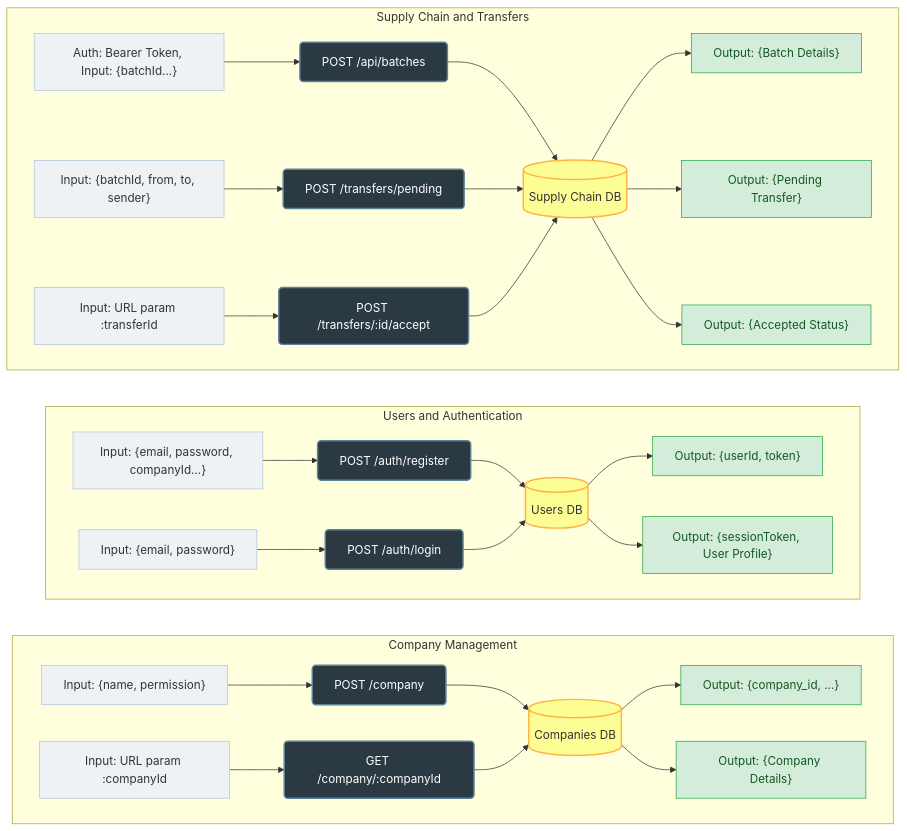
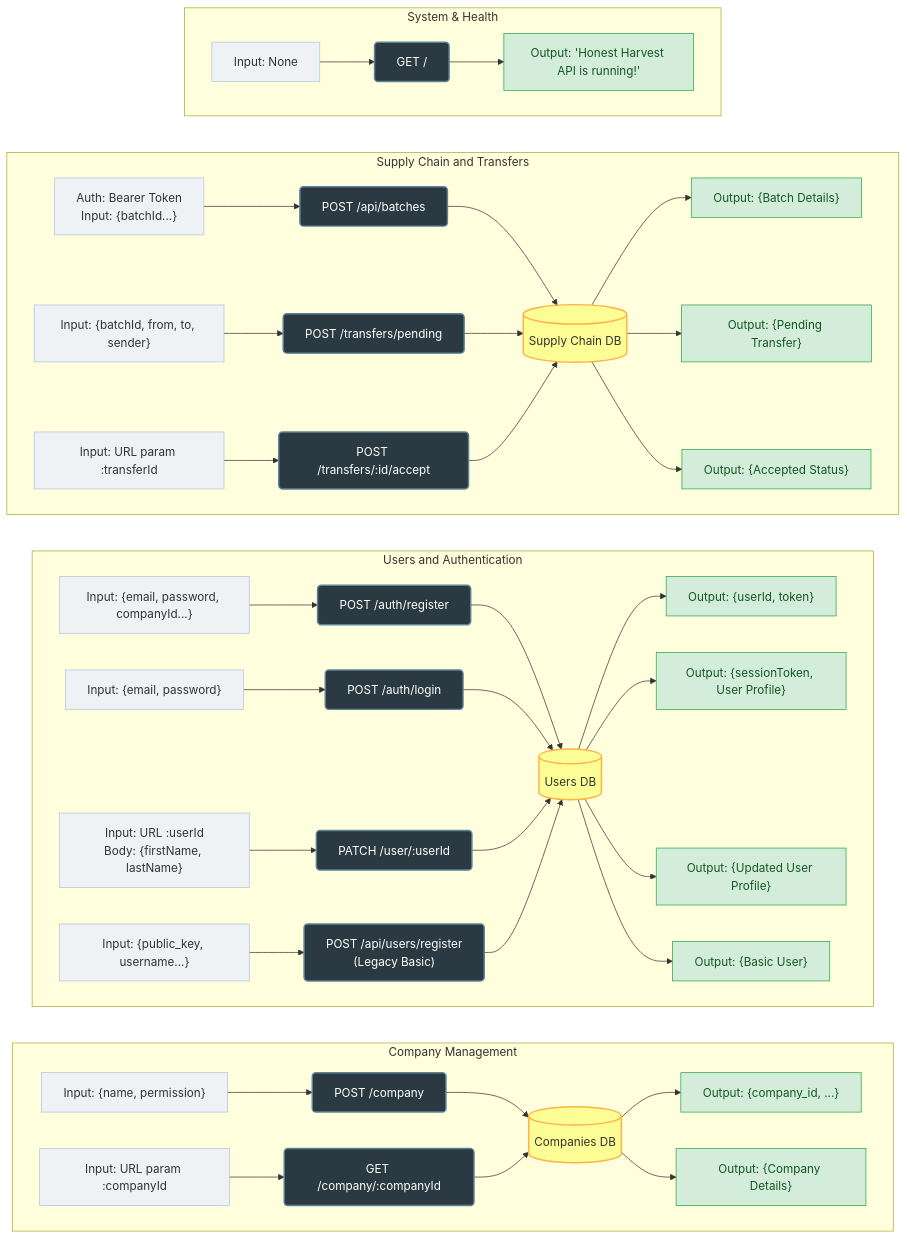
The diagram in backend/API.md (Jman001188/CSE540-BlockchainGroupProject), drawn with Mermaid before and after one commit. The commit also changed other lines of this file, not shown here.

````diff
--- a/backend/API.md
+++ b/backend/API.md
@@ -213,50 +212,64 @@
 ```mermaid
 graph LR
     %% Styling
     classDef endpoint fill:#2b3a42,stroke:#5c8397,stroke-width:2px,color:#fff,rx:5px,ry:5px;
     classDef input fill:#eef2f5,stroke:#b0c4de,stroke-width:1px,color:#333;
     classDef output fill:#d4edda,stroke:#28a745,stroke-width:1px,color:#155724;
     classDef db fill:#fdfd96,stroke:#ffb347,stroke-width:2px,color:#333,shape:cylinder;
 
     %% Databases
     DB_COMP[(Companies DB)]:::db
     DB_USER[(Users DB)]:::db
     DB_CHAIN[(Supply Chain DB)]:::db
 
     subgraph Group1 [Company Management]
         direction LR
         C_IN["Input: {name, permission}"]:::input --> POST_COMP["POST /company"]:::endpoint
         POST_COMP --> DB_COMP
         DB_COMP --> C_OUT["Output: {company_id, ...}"]:::output
 
         G_IN["Input: URL param :companyId"]:::input --> GET_COMP["GET /company/:companyId"]:::endpoint
         GET_COMP --> DB_COMP
         DB_COMP --> G_OUT["Output: {Company Details}"]:::output
     end
 
     subgraph Group2 [Users and Authentication]
         direction LR
         R_IN["Input: {email, password, companyId...}"]:::input --> POST_REG["POST /auth/register"]:::endpoint
         POST_REG --> DB_USER
         DB_USER --> R_OUT["Output: {userId, token}"]:::output
 
         L_IN["Input: {email, password}"]:::input --> POST_LOG["POST /auth/login"]:::endpoint
         POST_LOG --> DB_USER
         DB_USER --> L_OUT["Output: {sessionToken, User Profile}"]:::output
+
+        U_IN["Input: URL :userId<br>Body: {firstName, lastName}"]:::input --> PATCH_USR["PATCH /user/:userId"]:::endpoint
+        PATCH_USR --> DB_USER
+        DB_USER --> U_OUT["Output: {Updated User Profile}"]:::output
+
+        LEG_IN["Input: {public_key, username...}"]:::input --> POST_LEG["POST /api/users/register<br>(Legacy Basic)"]:::endpoint
+        POST_LEG --> DB_USER
+        DB_USER --> LEG_OUT["Output: {Basic User}"]:::output
     end
 
     subgraph Group3 [Supply Chain and Transfers]
         direction LR
-        B_IN["Auth: Bearer Token, Input: {batchId...}"]:::input --> POST_BATCH["POST /api/batches"]:::endpoint
+        B_IN["Auth: Bearer Token<br>Input: {batchId...}"]:::input --> POST_BATCH["POST /api/batches"]:::endpoint
         POST_BATCH --> DB_CHAIN
         DB_CHAIN --> B_OUT["Output: {Batch Details}"]:::output
 
         T_IN["Input: {batchId, from, to, sender}"]:::input --> POST_TRANS["POST /transfers/pending"]:::endpoint
         POST_TRANS --> DB_CHAIN
         DB_CHAIN --> T_OUT["Output: {Pending Transfer}"]:::output
 
         A_IN["Input: URL param :transferId"]:::input --> POST_ACC["POST /transfers/:id/accept"]:::endpoint
         POST_ACC --> DB_CHAIN
         DB_CHAIN --> A_OUT["Output: {Accepted Status}"]:::output
     end
+
+    subgraph Group4 [System & Health]
+        direction LR
+        H_IN["Input: None"]:::input --> GET_HLTH["GET /"]:::endpoint
+        GET_HLTH --> H_OUT["Output: 'Honest Harvest API is running!'"]:::output
+    end
 ```
````
